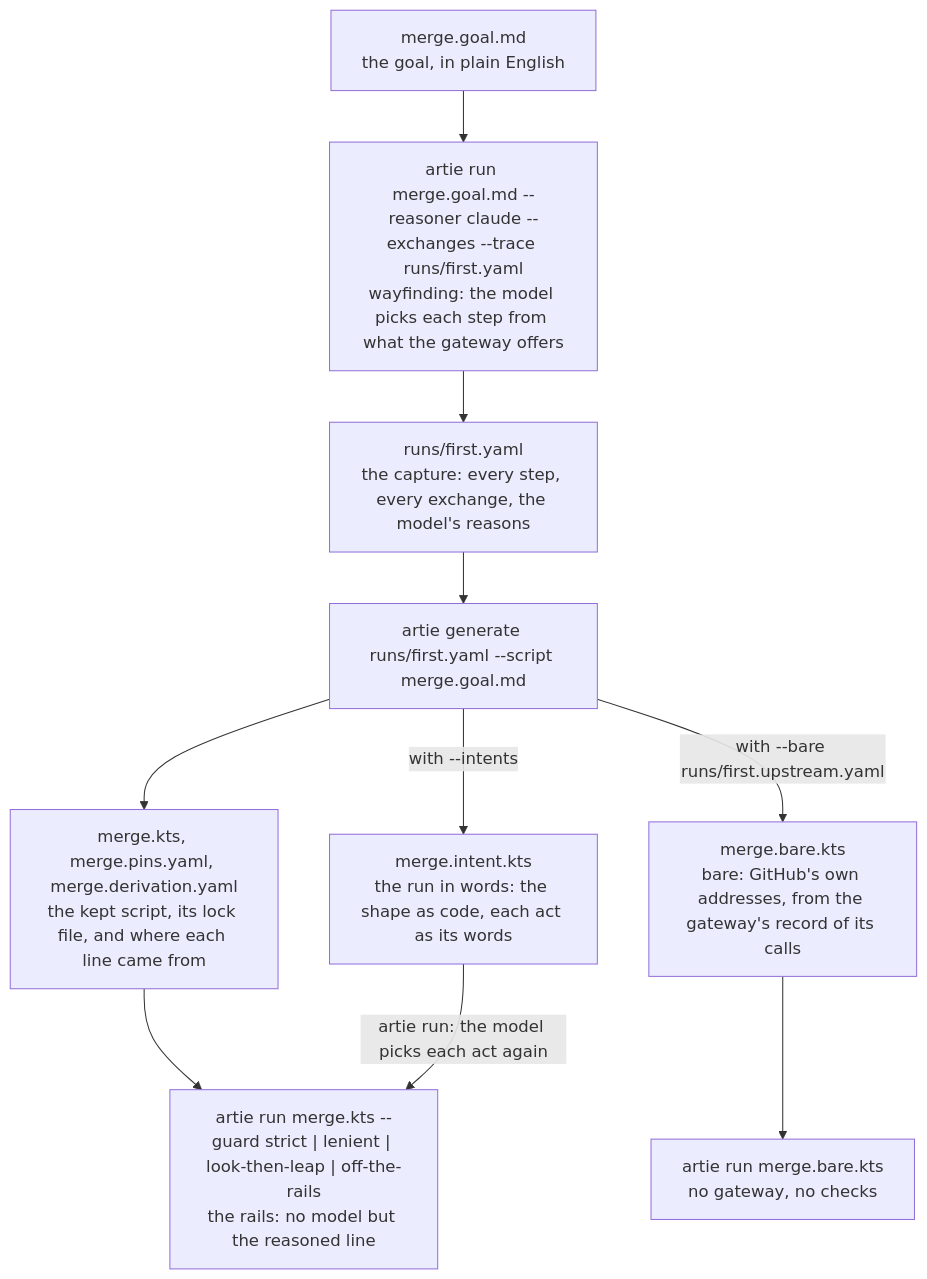
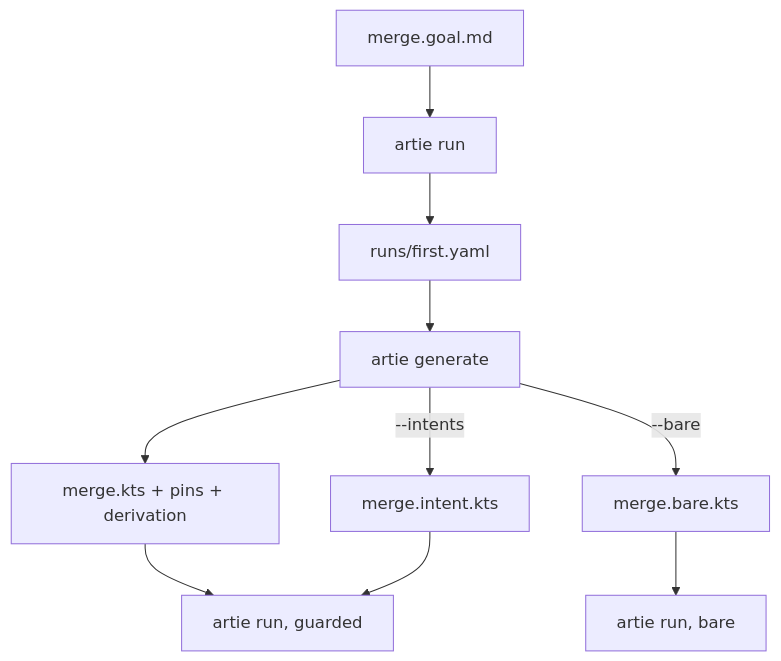
One commit to JogoShugh/heart-rise-artie changed the first of 2 diagrams in client/README.md. Above: the diagram before and after it, drawn with Mermaid. The commit also changed other lines of this file, not shown here.

First line of the commit message:
README: both diagrams carry short labels only, with the long sentences numbered below them

````diff
--- a/client/README.md
+++ b/client/README.md
@@ -121,19 +121,19 @@
 ```mermaid
 flowchart TB
-  goal["merge.goal.md<br/>the goal, in plain English"]
-  run1["artie run merge.goal.md --reasoner claude --exchanges --trace runs/first.yaml<br/>wayfinding: the model picks each step from what the gateway offers"]
-  trace["runs/first.yaml<br/>the capture: every step, every exchange, the model's reasons"]
-  gen["artie generate runs/first.yaml --script merge.goal.md"]
-  intent["merge.intent.kts<br/>the run in words: the shape as code, each act as its words"]
-  kept["merge.kts, merge.pins.yaml, merge.derivation.yaml<br/>the kept script, its lock file, and where each line came from"]
-  bare["merge.bare.kts<br/>bare: GitHub's own addresses, from the gateway's record of its calls"]
-  run2["artie run merge.kts --guard strict | lenient | look-then-leap | off-the-rails<br/>the rails: no model but the reasoned line"]
-  run3["artie run merge.bare.kts<br/>no gateway, no checks"]
+  goal[merge.goal.md]
+  run1[artie run]
+  trace[runs/first.yaml]
+  gen[artie generate]
+  intent[merge.intent.kts]
+  kept[merge.kts + pins + derivation]
+  bare[merge.bare.kts]
+  run2[artie run, guarded]
+  run3[artie run, bare]
   goal --> run1 --> trace --> gen
-  gen -->|with --intents| intent
+  gen -->|--intents| intent
   gen --> kept
-  gen -->|with --bare runs/first.upstream.yaml| bare
+  gen -->|--bare| bare
   kept --> run2
+  intent --> run2
   bare --> run3
-  intent -->|artie run: the model picks each act again| run2
 ```
````
